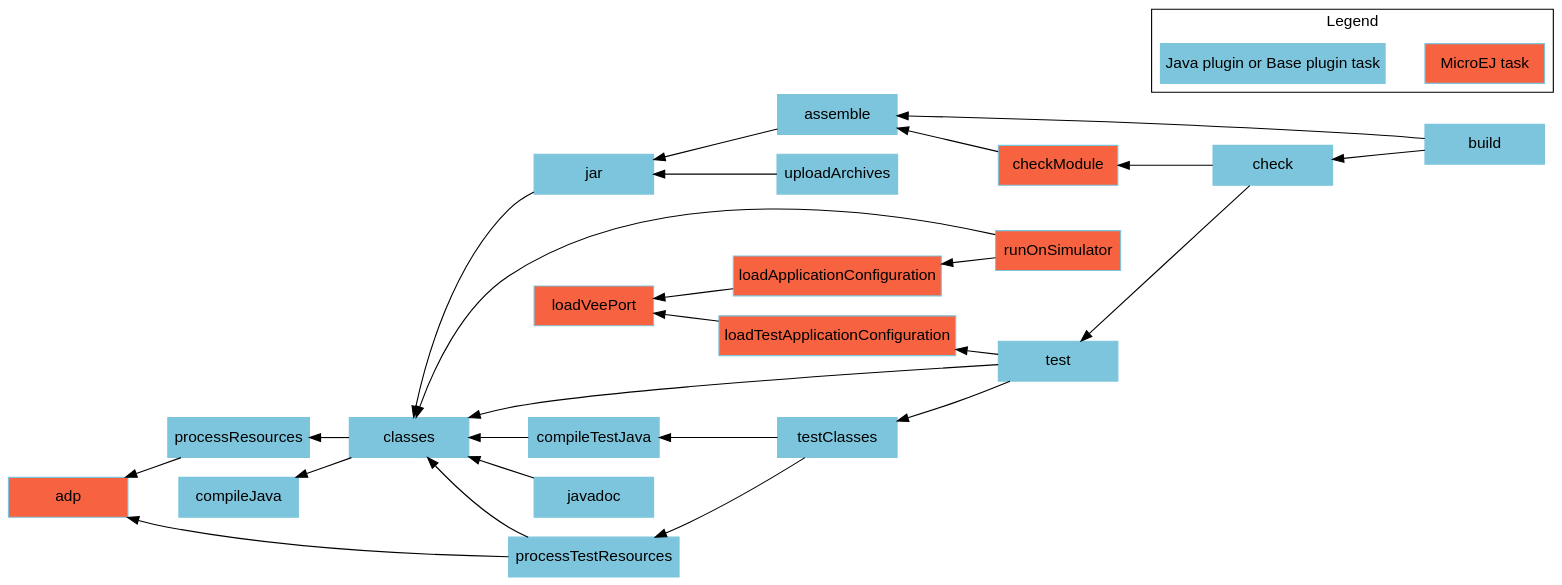
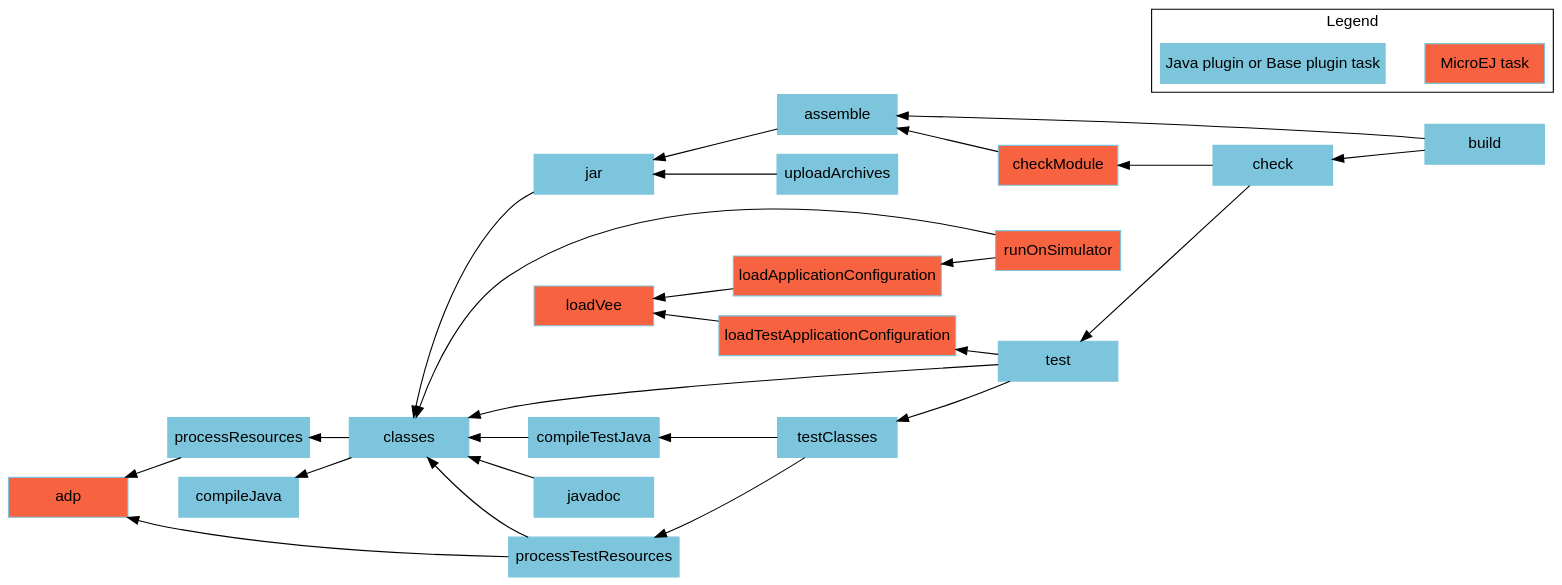
The diagram in SDK6UserGuide/graphAddonLibraryModule.dot (MicroEJ/docs), drawn with Graphviz before and after one commit. The commit also changed 11 other files, not shown here.

Commit message:
unify microejVeePort and microejKernel into microejVee

```diff
--- a/SDK6UserGuide/graphAddonLibraryModule.dot
+++ b/SDK6UserGuide/graphAddonLibraryModule.dot
@@ -1,51 +1,51 @@
 digraph mygraph {
     rankdir="RL";
     bgcolor="transparent"
     fontname="Helvetica,Arial,sans-serif"
     node [
         shape = box
         width = 1.5
         color = "#7dc5dc"
         style = filled
         fontname="Helvetica,Arial,sans-serif"
     ]
     edge [fontname="Helvetica,Arial,sans-serif"]
     "adp" [fillcolor = "#f76241"]
     "checkModule" [fillcolor = "#f76241"]
-    "loadVeePort" [fillcolor = "#f76241"]
+    "loadVee" [fillcolor = "#f76241"]
     "loadApplicationConfiguration" [fillcolor = "#f76241"]
     "loadTestApplicationConfiguration" [fillcolor = "#f76241"]
     "runOnSimulator" [fillcolor = "#f76241"]
     "build" -> "check"
     "check" -> "test"
     "test" -> "classes"
     "test" -> "testClasses"
     "test" -> "loadTestApplicationConfiguration"
     "testClasses" -> "compileTestJava"
     "testClasses" -> "processTestResources"
-    "loadTestApplicationConfiguration" -> "loadVeePort"
+    "loadTestApplicationConfiguration" -> "loadVee"
     "processResources" -> "adp"
     "processTestResources" -> "adp"
     "processTestResources" -> "classes"
     "compileTestJava" -> "classes"
     "javadoc" -> "classes"
     "classes" -> "compileJava"
     "classes" -> "processResources"
     "build" -> "assemble"
     "assemble" -> "jar"
     "uploadArchives" -> "jar"
     "jar" -> "classes"
     "runOnSimulator" -> "classes"
     "runOnSimulator" -> "loadApplicationConfiguration"
-    "loadApplicationConfiguration" -> "loadVeePort"
+    "loadApplicationConfiguration" -> "loadVee"
     "checkModule" -> "assemble"
     "check" -> "checkModule"
 
     subgraph cluster_legend {
         label="Legend";
         microej [fillcolor="#f76241" label="MicroEJ task"];
         java [fillcolor="#7dc5dc" label="Java plugin or Base plugin task"];
         microej -> java [style=invis];
         java -> microej [style=invis];
     }
 }
```
